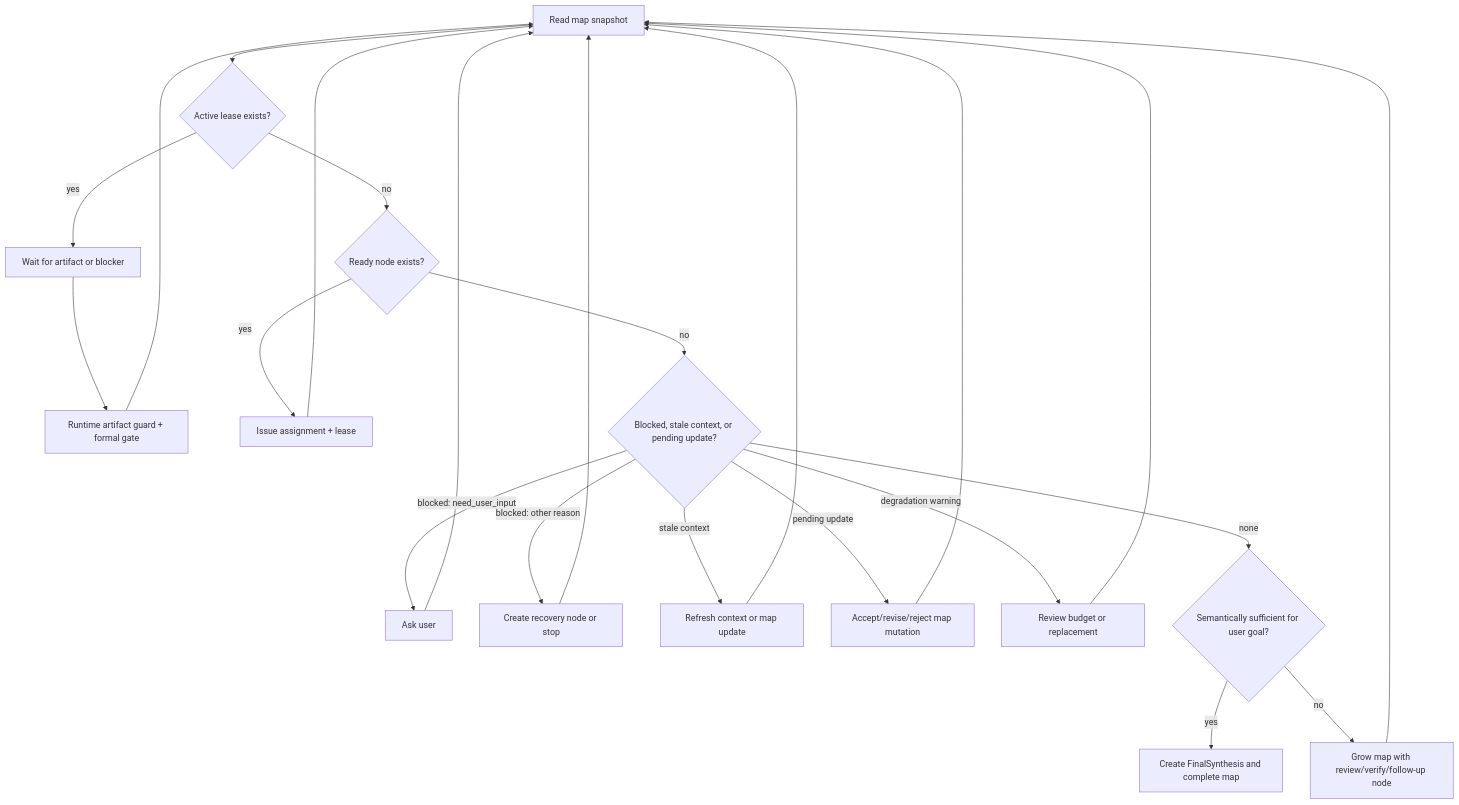
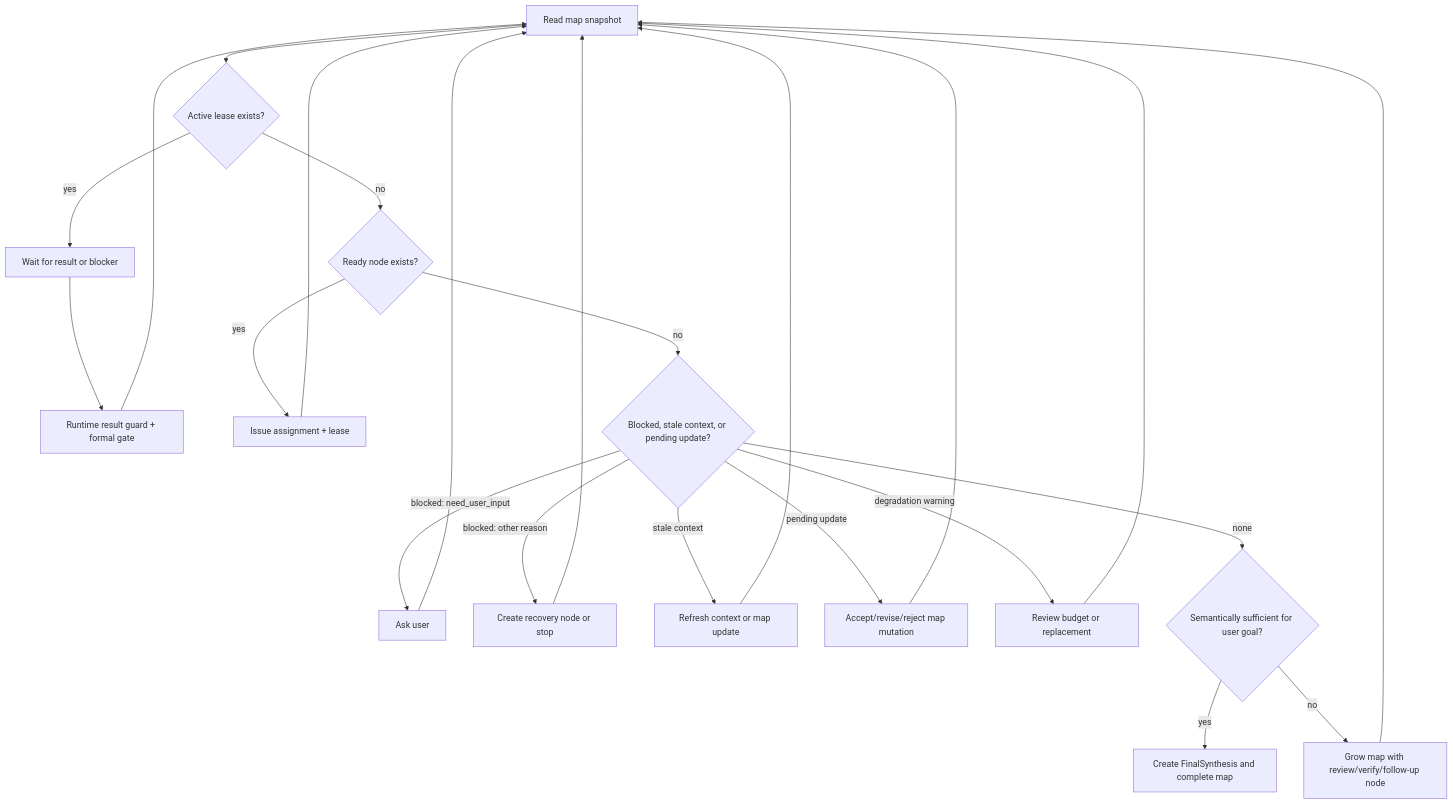
The fourth of 5 diagrams in docs/plans/2026-04-25-multi-agent-collaboration-architecture.md (ceasarXuu/WhaleCode), drawn with Mermaid before and after one commit. The commit also changed other lines of this file, not shown here.

Commit message:
docs: refine map result runtime semantics

````diff
--- a/docs/plans/2026-04-25-multi-agent-collaboration-architecture.md
+++ b/docs/plans/2026-04-25-multi-agent-collaboration-architecture.md
@@ -1405,28 +1520,28 @@
 ```mermaid
 flowchart TD
     A["Read map snapshot"] --> B{"Active lease exists?"}
-    B -->|yes| C["Wait for artifact or blocker"]
-    C --> D["Runtime artifact guard + formal gate"]
+    B -->|yes| C["Wait for result or blocker"]
+    C --> D["Runtime result guard + formal gate"]
     D --> A
 
     B -->|no| E{"Ready node exists?"}
     E -->|yes| F["Issue assignment + lease"]
     F --> A
 
     E -->|no| G{"Blocked, stale context, or pending update?"}
     G -->|blocked: need_user_input| H["Ask user"]
     G -->|blocked: other reason| I["Create recovery node or stop"]
     G -->|stale context| J["Refresh context or map update"]
     G -->|pending update| K["Accept/revise/reject map mutation"]
     G -->|degradation warning| Q["Review budget or replacement"]
     H --> A
     I --> A
     J --> A
     K --> A
     Q --> A
 
     G -->|none| L{"Semantically sufficient for user goal?"}
     L -->|yes| M["Create FinalSynthesis and complete map"]
     L -->|no| N["Grow map with review/verify/follow-up node"]
     N --> A
 ```
````
